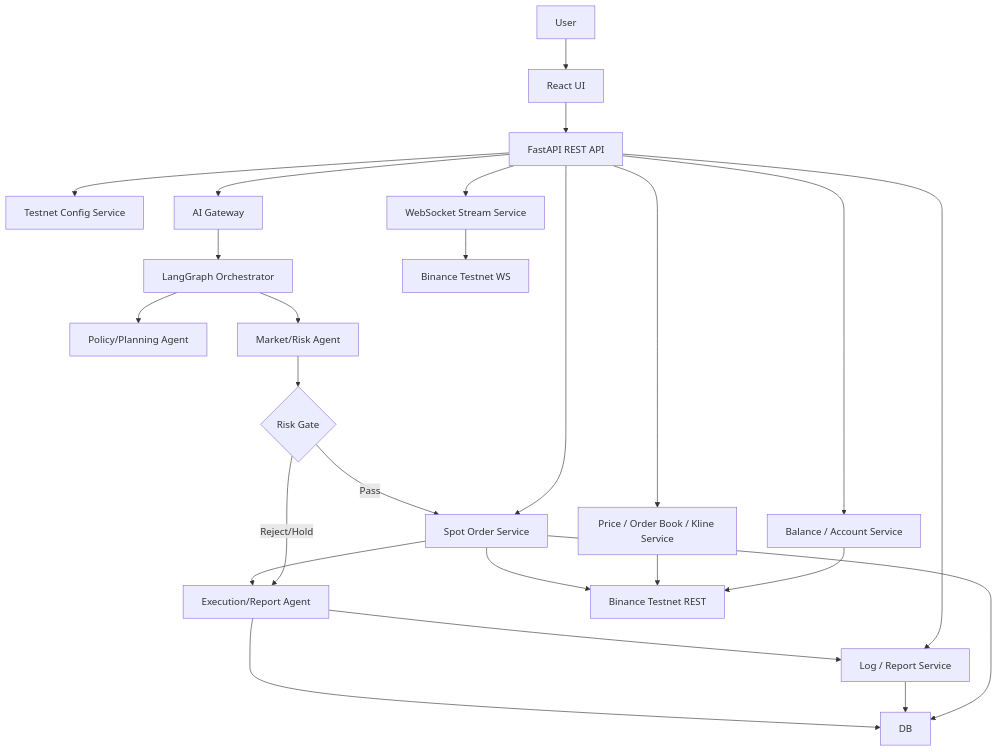
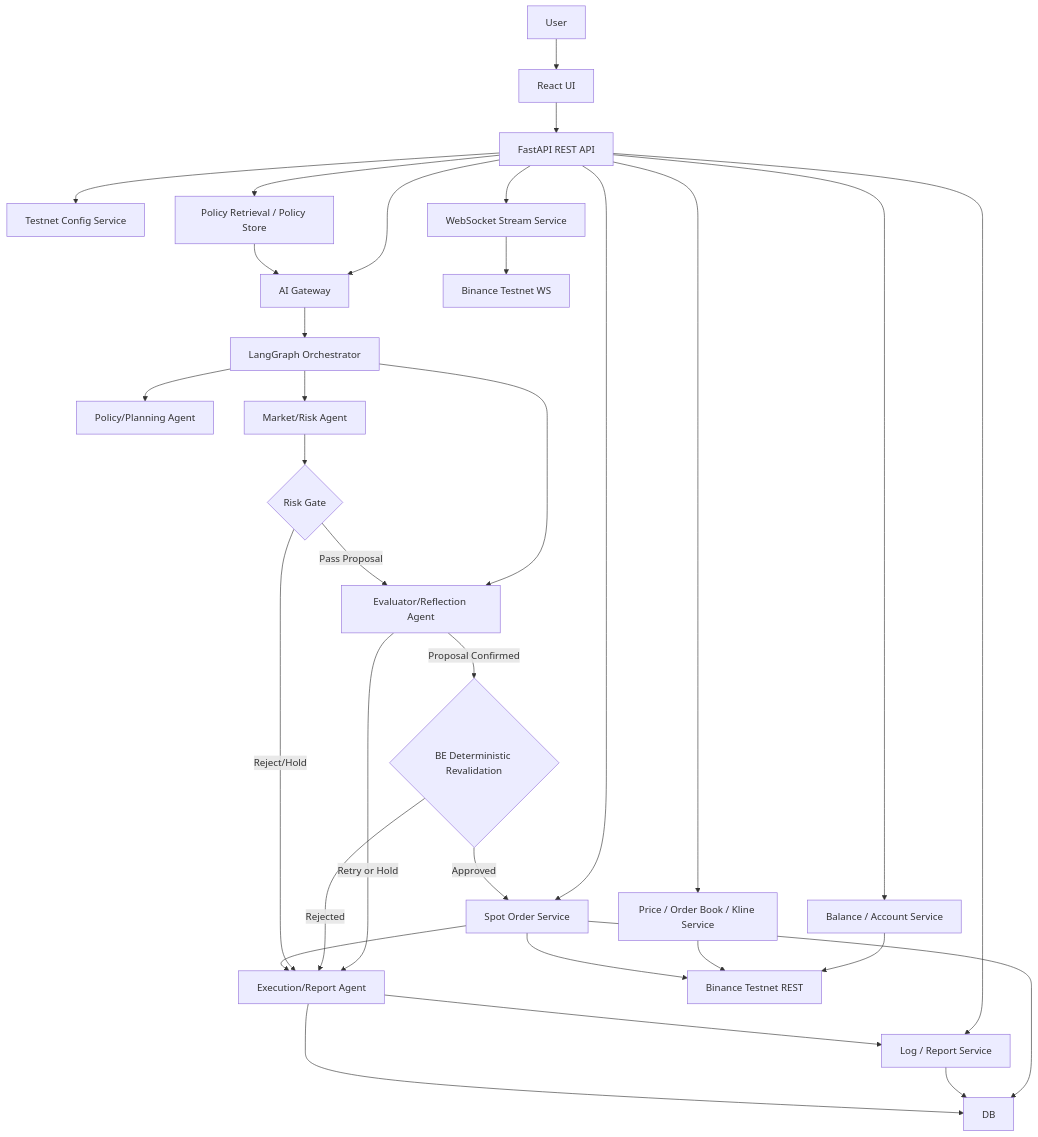
One commit to UpstageAI/sw-maestro-project changed the second of 5 diagrams in ARCHITECTURE.md. Above: the diagram before and after it, drawn with Mermaid. The commit also changed other lines of this file and 8 other files, not shown here.

````diff
--- a/ARCHITECTURE.md
+++ b/ARCHITECTURE.md
@@ -50,27 +51,34 @@
 ```mermaid
 flowchart TB
     USER[User] --> UI[React UI]
     UI --> API[FastAPI REST API]
     API --> CONFIG[Testnet Config Service]
+    API --> POLICY[Policy Retrieval / Policy Store]
     API --> ACCOUNT[Balance / Account Service]
     API --> MARKET[Price / Order Book / Kline Service]
     API --> ORDER[Spot Order Service]
     API --> STREAM[WebSocket Stream Service]
     API --> LOG[Log / Report Service]
     API --> AIGW[AI Gateway]
     AIGW --> ORCH[LangGraph Orchestrator]
     ORCH --> P[Policy/Planning Agent]
+    POLICY --> AIGW
     ORCH --> R[Market/Risk Agent]
+    ORCH --> EV[Evaluator/Reflection Agent]
     R --> G{Risk Gate}
-    G -->|Pass| ORDER
+    G -->|Pass Proposal| EV
+    EV -->|Proposal Confirmed| BEGATE{BE Deterministic Revalidation}
+    EV -->|Retry or Hold| E[Execution/Report Agent]
+    BEGATE -->|Approved| ORDER
+    BEGATE -->|Rejected| E
     G -->|Reject/Hold| E[Execution/Report Agent]
     ORDER --> E[Execution/Report Agent]
     E --> LOG
     ACCOUNT --> BREST[Binance Testnet REST]
     MARKET --> BREST
     ORDER --> BREST
     STREAM --> BWS[Binance Testnet WS]
     ORDER --> DB
     LOG --> DB
     E --> DB
 ```
````
